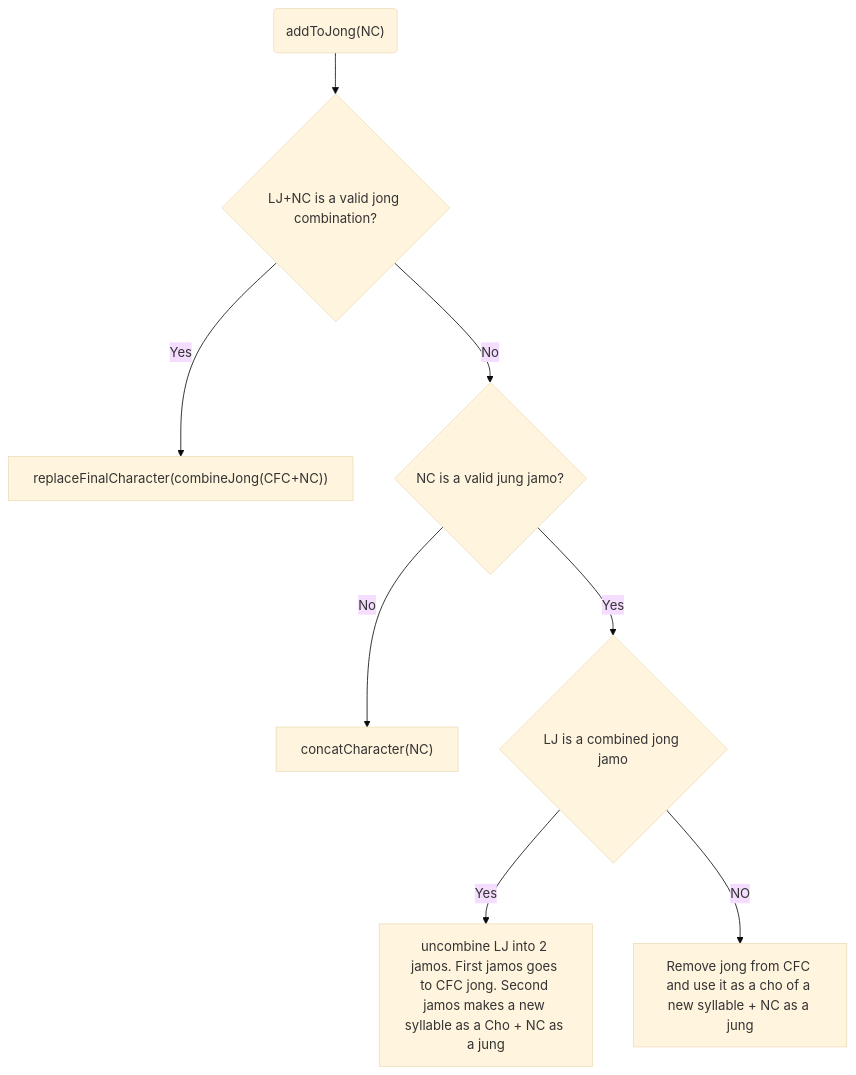
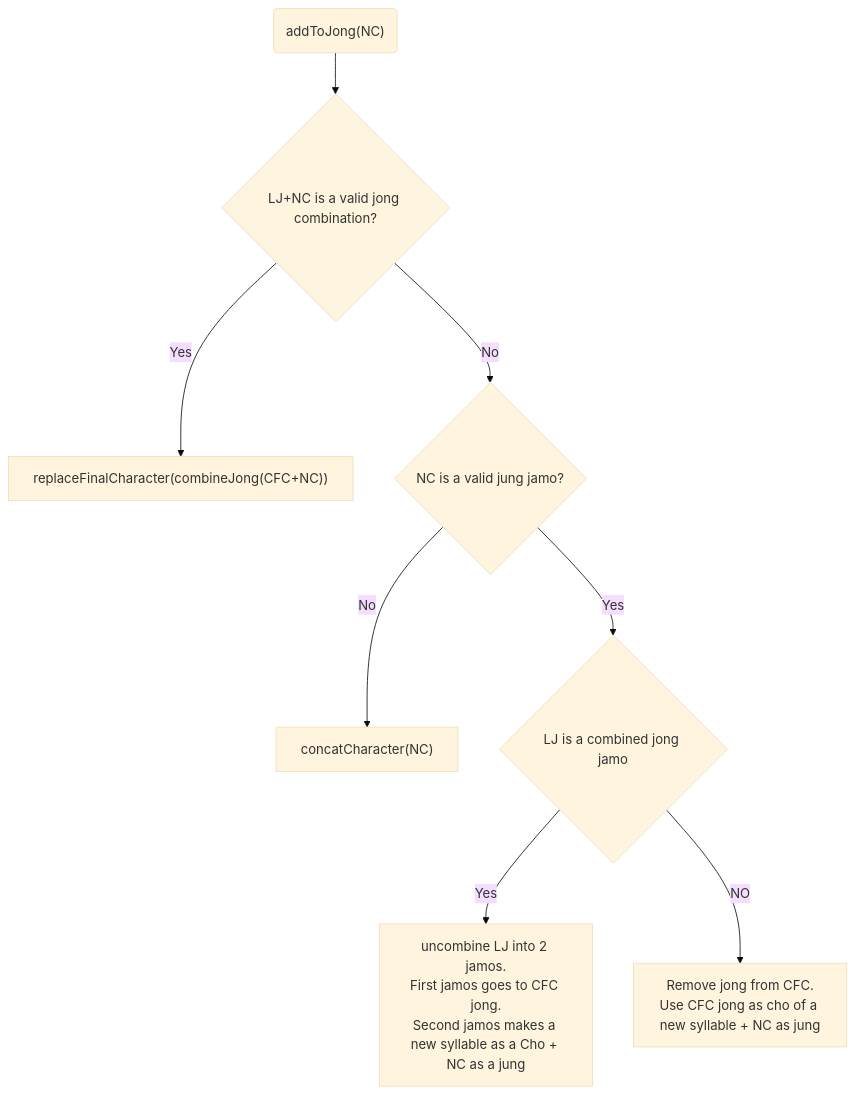
One commit to gsouf/dart-hangul changed the fourth of 4 diagrams in doc/dev/hangul_input_flow.md. Above: the diagram before and after it, drawn with Mermaid (base theme). The commit also changed other lines of this file, not shown here.

````diff
--- a/doc/dev/hangul_input_flow.md
+++ b/doc/dev/hangul_input_flow.md
@@ -50,10 +57,10 @@
 ```mermaid
 graph TD
   A("addToJong(NC)") --> B{LJ+NC is a valid jong combination?}
   B --> |Yes| C["replaceFinalCharacter(combineJong(CFC+NC))"]
   B --> |No| D{NC is a valid jung jamo?}
   D --> |No| H["concatCharacter(NC)"]
   D --> |Yes| E{LJ is a combined jong jamo}
-  E --> |Yes| F[uncombine LJ into 2 jamos. First jamos goes to CFC jong. Second jamos makes a new syllable as a Cho + NC as a jung]
-  E --> |NO| G[Remove jong from CFC and use it as a cho of a new syllable + NC as a jung]
+  E --> |Yes| F[uncombine LJ into 2 jamos.<br/>First jamos goes to CFC jong.<br/>Second jamos makes a new syllable as a Cho + NC as a jung]
+  E --> |NO| G[Remove jong from CFC.<br/>Use CFC jong as cho of a new syllable + NC as jung]
 ```
````
